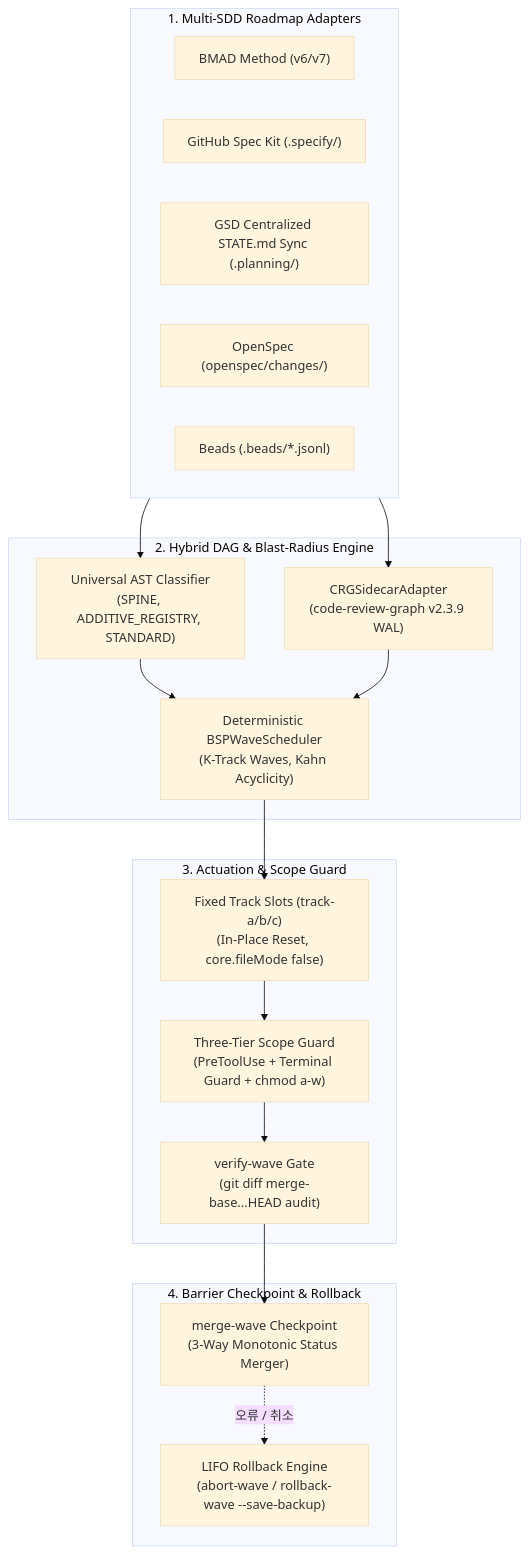
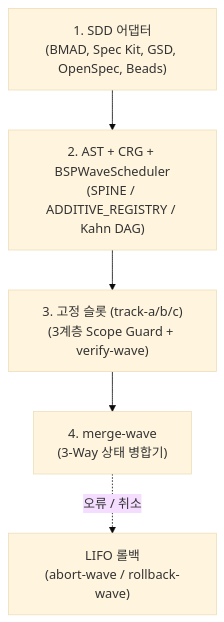
One commit to stopActingSoSmall/sdd-parallel changed the diagram in docs/i18n/ko/README.md. Above: the diagram before and after it, drawn with Mermaid (base theme). The commit also changed other lines of this file and 8 other files, not shown here.

````diff
--- a/docs/i18n/ko/README.md
+++ b/docs/i18n/ko/README.md
@@ -587,34 +238,7 @@
 ```mermaid
 flowchart TD
-    subgraph Inputs["1. Multi-SDD Roadmap Adapters"]
-        BMAD["BMAD Method (v6/v7)"]
-        SpecKit["GitHub Spec Kit (.specify/)"]
-        GSD["GSD Centralized STATE.md Sync (.planning/)"]
-        OpenSpec["OpenSpec (openspec/changes/)"]
-        Beads["Beads (.beads/*.jsonl)"]
-    end
-
-    subgraph Engine["2. Hybrid DAG & Blast-Radius Engine"]
-        AST["Universal AST Classifier\n(SPINE, ADDITIVE_REGISTRY, STANDARD)"]
-        CRG["CRGSidecarAdapter\n(code-review-graph v2.3.9 WAL)"]
-        BSP["Deterministic BSPWaveScheduler\n(K-Track Waves, Kahn Acyclicity)"]
-    end
-
-    subgraph Actuation["3. Actuation & Scope Guard"]
-        Slots["Fixed Track Slots (track-a/b/c)\n(In-Place Reset, core.fileMode false)"]
-        Guard["Three-Tier Scope Guard\n(PreToolUse + Terminal Guard + chmod a-w)"]
-        Verify["verify-wave Gate\n(git diff merge-base...HEAD audit)"]
-    end
-
-    subgraph Barrier["4. Barrier Checkpoint & Rollback"]
-        Merge["merge-wave Checkpoint\n(3-Way Monotonic Status Merger)"]
-        Rollback["LIFO Rollback Engine\n(abort-wave / rollback-wave --save-backup)"]
-    end
-
-    Inputs --> AST & CRG
-    AST & CRG --> BSP
-    BSP --> Slots
-    Slots --> Guard --> Verify
-    Verify --> Merge
-    Merge -. 오류 / 취소 .-> Rollback
+    Inputs["1. SDD 어댑터\n(BMAD, Spec Kit, GSD, OpenSpec, Beads)"] --> Engine["2. AST + CRG + BSPWaveScheduler\n(SPINE / ADDITIVE_REGISTRY / Kahn DAG)"]
+    Engine --> Actuation["3. 고정 슬롯 (track-a/b/c)\n(3계층 Scope Guard + verify-wave)"]
+    Actuation --> Barrier["4. merge-wave\n(3-Way 상태 병합기)"]
+    Barrier -. 오류 / 취소 .-> Rollback["LIFO 롤백\n(abort-wave / rollback-wave)"]
 ```
````
